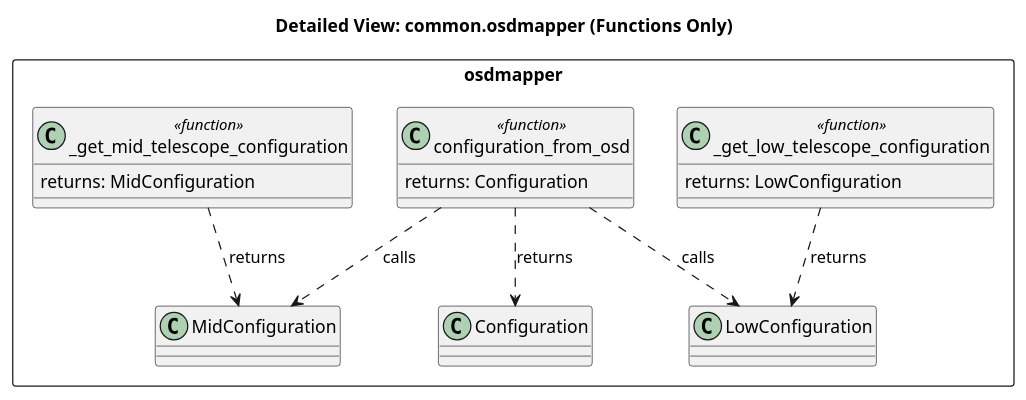
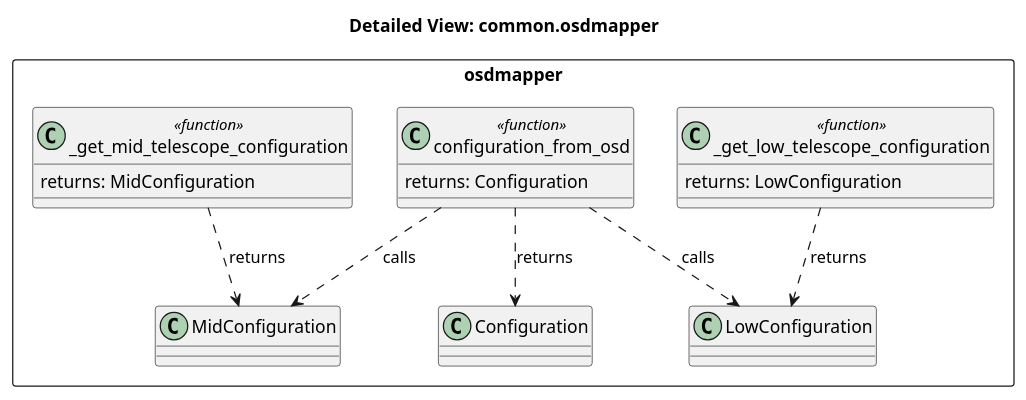
One commit to ska-telescope/ska-oso-services changed the diagram in docs/src/internal/diagrams/module_view_osd.puml. Above: the diagram before and after it, drawn with PlantUML. The commit also changed 3 other files, not shown here.

Commit message:
STAR-1524: added initial module diagram

```diff
--- a/docs/src/internal/diagrams/module_view_osd.puml
+++ b/docs/src/internal/diagrams/module_view_osd.puml
@@ -1,25 +1,25 @@
 @startuml
-title Detailed View: common.osdmapper (Functions Only)
+title Detailed View: common.osdmapper
 
 top to bottom direction
 
 package "osdmapper" <<Rectangle>> {
     class configuration_from_osd <<function>> {
         returns: Configuration
     }
     class _get_mid_telescope_configuration <<function>> {
         returns: MidConfiguration
     }
     class _get_low_telescope_configuration <<function>> {
         returns: LowConfiguration
     }
 
     configuration_from_osd ..> Configuration : returns
     configuration_from_osd ..> MidConfiguration : calls
     configuration_from_osd ..> LowConfiguration : calls
 
     _get_mid_telescope_configuration ..> MidConfiguration : returns
     _get_low_telescope_configuration ..> LowConfiguration : returns
 }
 
 @enduml
```
